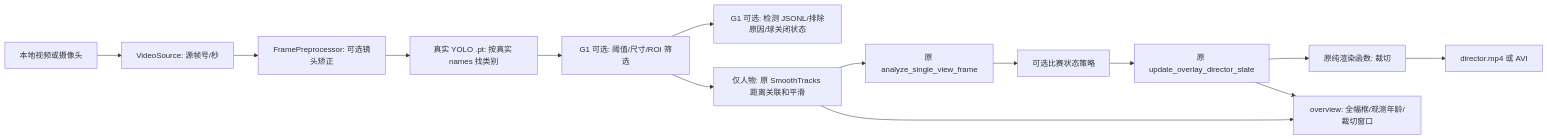
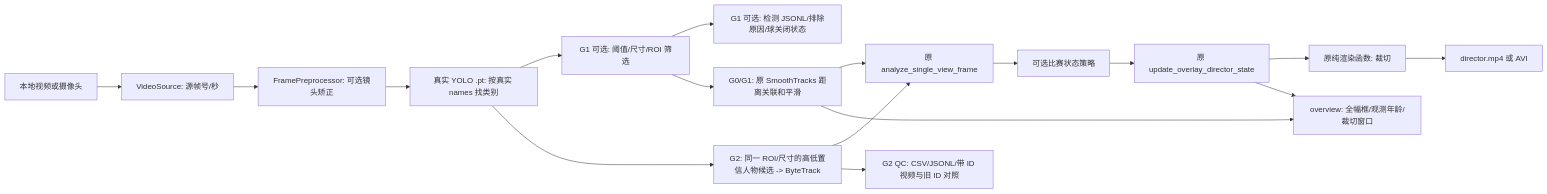
The diagram in PROJECT_STRUCTURE.md (zzzokay/camera_150_with_face), drawn with Mermaid before and after one commit. The commit also changed other lines of this file and 9 other files, not shown here.

````diff
--- a/PROJECT_STRUCTURE.md
+++ b/PROJECT_STRUCTURE.md
@@ -73,16 +76,19 @@
 ```mermaid
 flowchart LR
     A[本地视频或摄像头] --> B[VideoSource: 源帧号/秒]
     B --> C[FramePreprocessor: 可选镜头矫正]
     C --> D[真实 YOLO .pt: 按真实 names 找类别]
     D --> D1[G1 可选: 阈值/尺寸/ROI 筛选]
     D1 --> D2[G1 可选: 检测 JSONL/排除原因/球关闭状态]
-    D1 --> E[仅人物: 原 SmoothTracks 距离关联和平滑]
+    D1 --> E[G0/G1: 原 SmoothTracks 距离关联和平滑]
+    D --> BT[G2: 同一 ROI/尺寸的高低置信人物候选 -> ByteTrack]
+    BT --> F
+    BT --> QC[G2 QC: CSV/JSONL/带 ID 视频与旧 ID 对照]
     E --> F[原 analyze_single_view_frame]
     F --> G[可选比赛状态策略]
     G --> H[原 update_overlay_director_state]
     H --> I[原纯渲染函数: 裁切]
     I --> J[director.mp4 或 AVI]
     E --> K[overview: 全幅框/观测年龄/裁切窗口]
     H --> K
 ```
````
